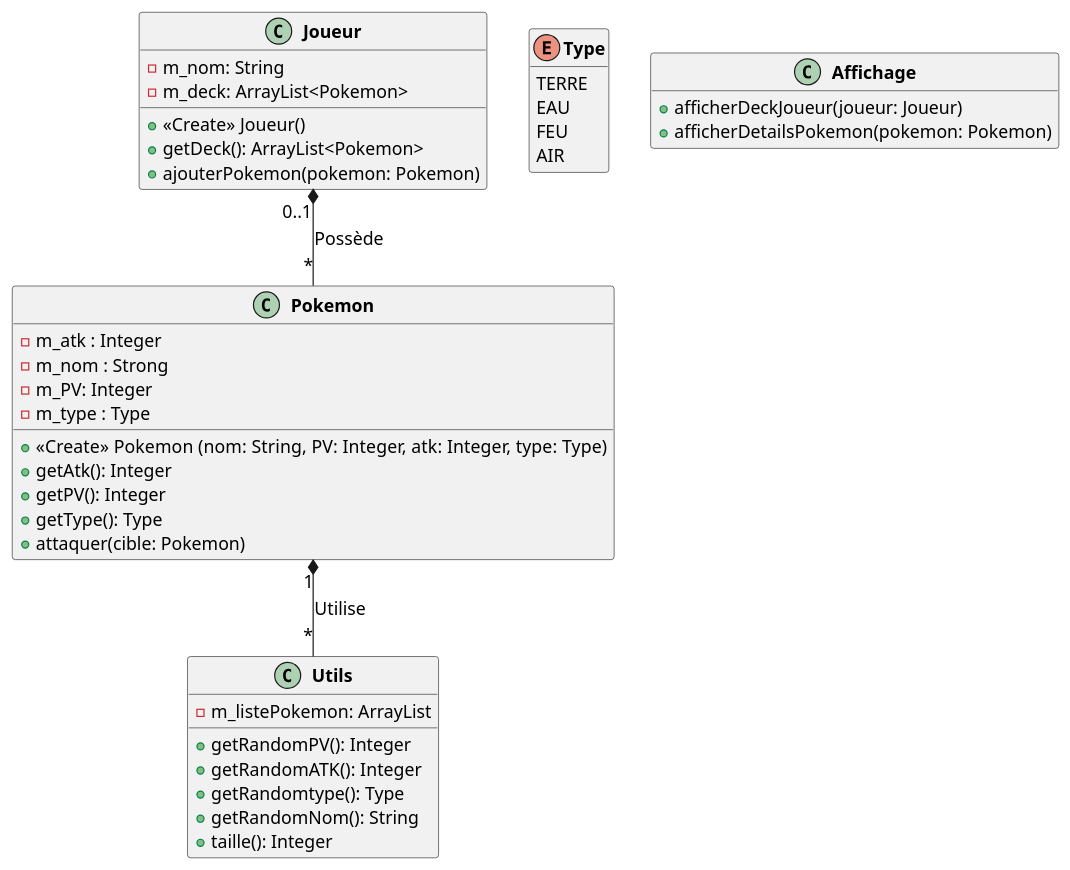
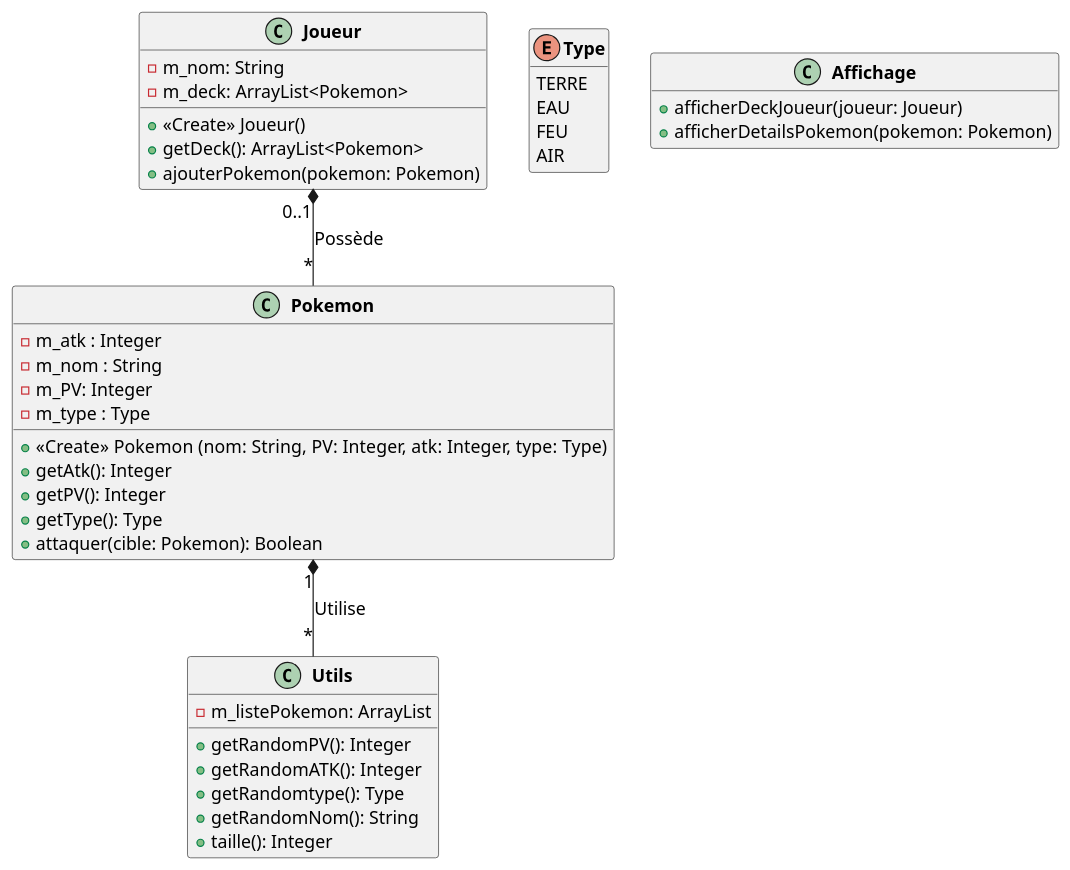
The diagram in uml/semaine1.puml (julot424/POOkemon), drawn with PlantUML before and after one commit.

Commit message:
UPATE semaine1, correction synthaxe

```diff
--- a/uml/semaine1.puml
+++ b/uml/semaine1.puml
@@ -1,50 +1,50 @@
 @startuml
 scale 1
 skinparam classFontStyle Bold
 skinparam defaultFontSize 15
 hide empty members
 skinparam classAttribute IconSize 0
 skinparam classFontStyle Bold
 hide enum methods
 
 
 class Pokemon{
     -m_atk : Integer
-    -m_nom : Strong
+    -m_nom : String
     -m_PV: Integer
     -m_type : Type
     +<<Create>> Pokemon (nom: String, PV: Integer, atk: Integer, type: Type)
     +getAtk(): Integer
     +getPV(): Integer
     +getType(): Type
-    +attaquer(cible: Pokemon)
+    +attaquer(cible: Pokemon): Boolean
 }
 enum Type{
         TERRE
         EAU
         FEU
         AIR
 }
 class Utils{
     -m_listePokemon: ArrayList
     +getRandomPV(): Integer
     +getRandomATK(): Integer
     +getRandomtype(): Type
     +getRandomNom(): String
     +taille(): Integer
 }
 class Joueur{
     -m_nom: String
     -m_deck: ArrayList<Pokemon>
     +<<Create>> Joueur()
     +getDeck(): ArrayList<Pokemon>
     +ajouterPokemon(pokemon: Pokemon)
 }
 class Affichage{
     +afficherDeckJoueur(joueur: Joueur)
     +afficherDetailsPokemon(pokemon: Pokemon)
     }
 
 Pokemon "1" *-- "*" Utils : Utilise
 Joueur "0..1" *-- "*" Pokemon : Possède
 @enduml
```
